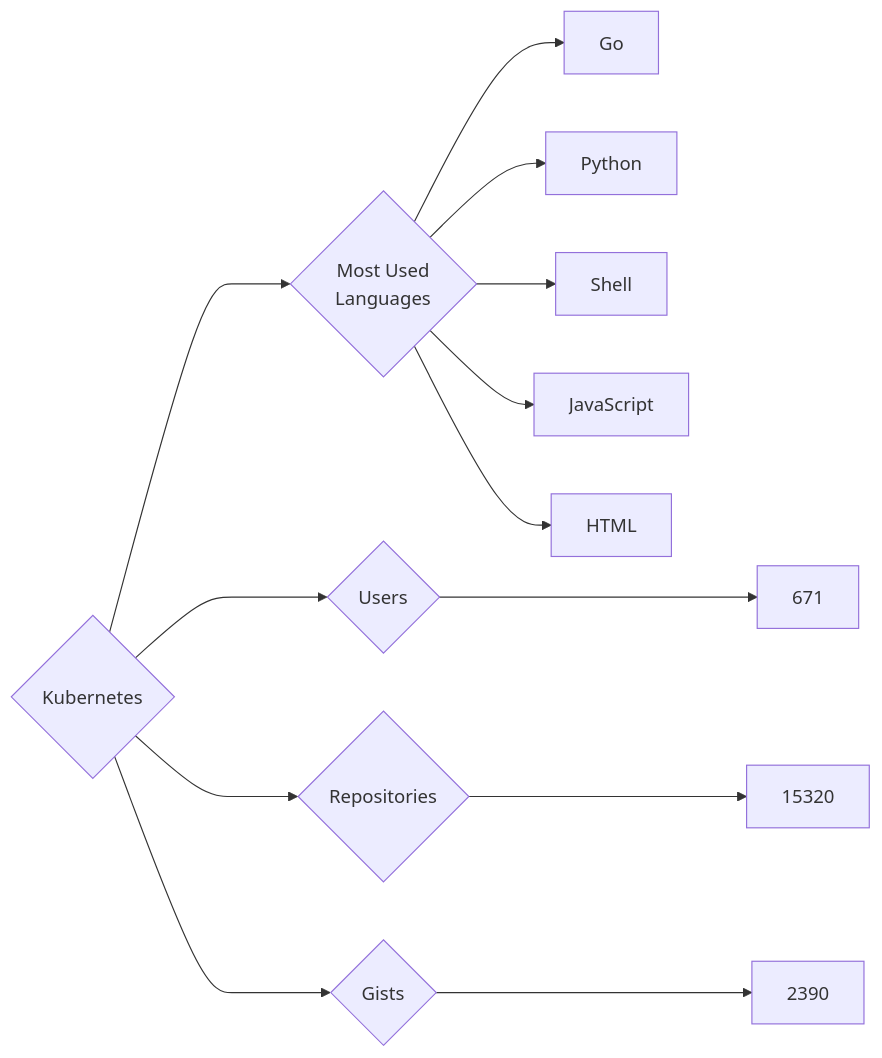
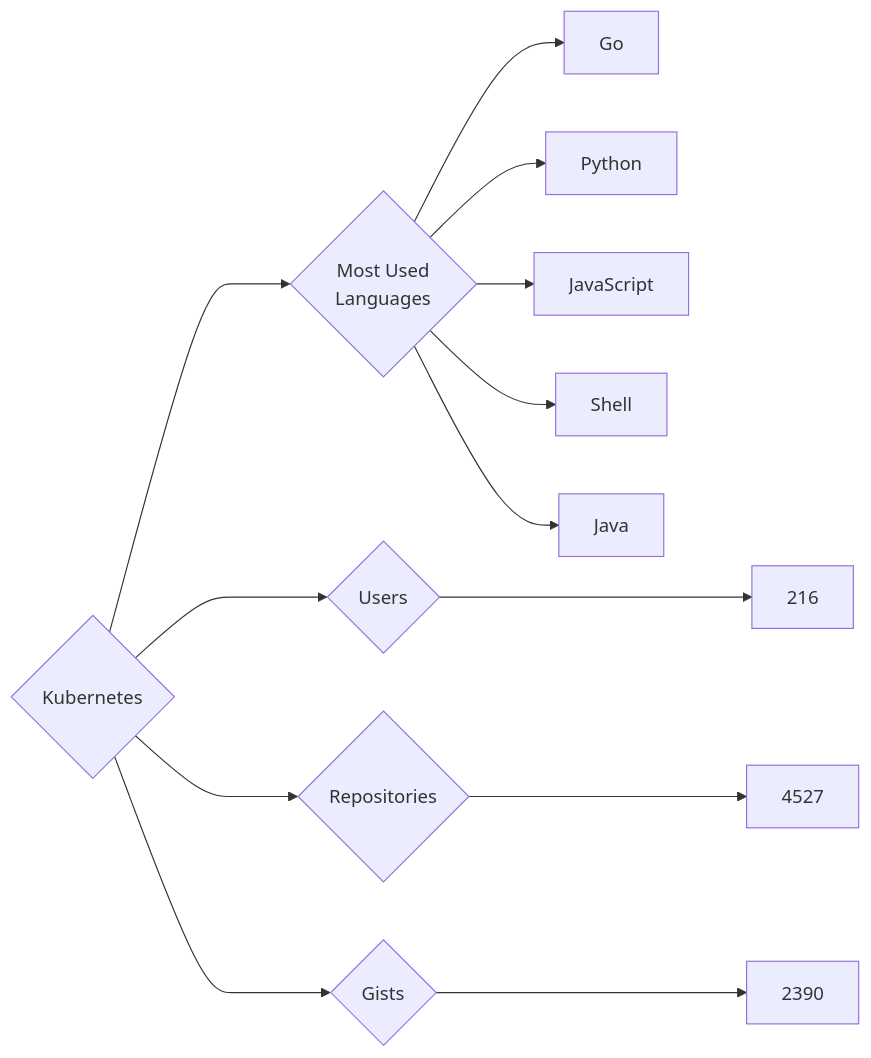
The diagram in targets/Kubernetes/README.md (trickest/insiders), drawn with Mermaid before and after one commit. The commit also changed 847 other files, not shown here.

````diff
--- a/targets/Kubernetes/README.md
+++ b/targets/Kubernetes/README.md
@@ -3,13 +3,13 @@
 ```mermaid
 graph LR
 COMPANY_NAME{Kubernetes}
-COMPANY_NAME ---> U{Users} ---> UN[671]
-COMPANY_NAME ---> R{Repositories} ---> RN[15320]
+COMPANY_NAME ---> U{Users} ---> UN[216]
+COMPANY_NAME ---> R{Repositories} ---> RN[4527]
 COMPANY_NAME ---> G{Gists} ---> GN[2390]
 COMPANY_NAME ---> ML{Most Used<br>Languages}
 ML --> Go[Go]
 ML --> Python[Python]
+ML --> JavaScript[JavaScript]
 ML --> Shell[Shell]
-ML --> JavaScript[JavaScript]
-ML --> HTML[HTML]
+ML --> Java[Java]
 ```
````
